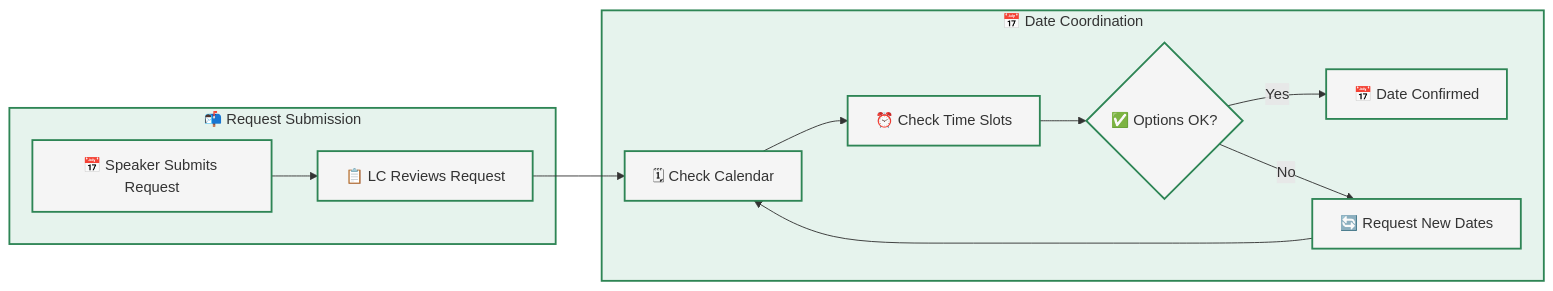
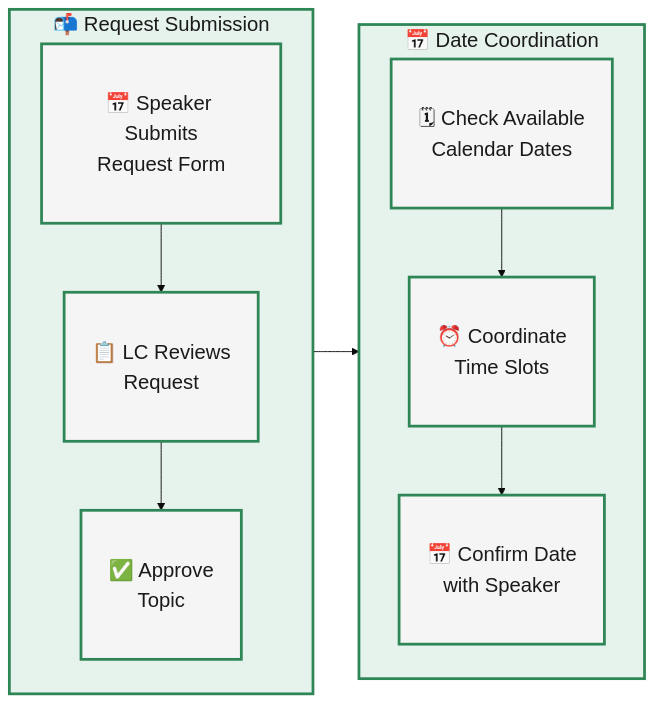
Before and after one commit to CBID2/VC-Community-Docs: the diagram in docs/lunch-and-learns/process-docs.md, drawn with Mermaid. The commit also changed other lines of this file and 2 other files, not shown here.

Commit message:
docs: add enhanced Mermaid diagrams to documentation
- Added detailed Mermaid flowcharts to project workflow, monthly challenges, and lunch & learns
- Improved visual representation of processes and workflows
- Enhanced documentation with clear visual aids for better understanding

````diff
--- a/docs/lunch-and-learns/process-docs.md
+++ b/docs/lunch-and-learns/process-docs.md
@@ -88,24 +78,29 @@
 ```mermaid
+%%{init: {'theme':'base', 'themeVariables': {'fontSize':'22px', 'fontFamily':'arial'}}}%%
 flowchart LR
   %% Left Column - Initial Request
-  subgraph A[📬 Request Submission]
-    A1[📅 Speaker Submits Request] --> A2[📋 LC Reviews Request]
+  subgraph A["📬 Request Submission"]
+    direction TB
+    A1["📅 Speaker Submits<br/>Request Form"]
+    A2["📋 LC Reviews<br/>Request"]
+    A3["✅ Approve<br/>Topic"]
+    A1 --> A2 --> A3
   end
 
   %% Right Column - Date Selection
-  subgraph B[📅 Date Coordination]
-    B1[🗓 Check Calendar] --> B2[⏰ Check Time Slots]
-    B2 --> B3{✅ Options OK?}
-    B3 -- Yes --> B4[📅 Date Confirmed]
-    B3 -- No --> B5[🔄 Request New Dates]
-    B5 --> B1
+  subgraph B["📅 Date Coordination"]
+    direction TB
+    B1["🗓 Check Available<br/>Calendar Dates"]
+    B2["⏰ Coordinate<br/>Time Slots"]
+    B3["📅 Confirm Date<br/>with Speaker"]
+    B1 --> B2 --> B3
   end
 
   %% Flow between columns
-  A2 --> B1
+  A3 --> B1
 
   %% Styling
-  classDef default fill:#f5f5f5,stroke:#2e8555,stroke-width:2px,color:#333;
-  classDef process fill:#e6f3ed,stroke:#2e8555,stroke-width:2px,color:#333;
+  classDef default fill:#f5f5f5,stroke:#2e8555,stroke-width:3px,color:#1a1a1a,padding:15px;
+  classDef process fill:#e6f3ed,stroke:#2e8555,stroke-width:3px,color:#1a1a1a;
   class A,B process;
 ```
````
